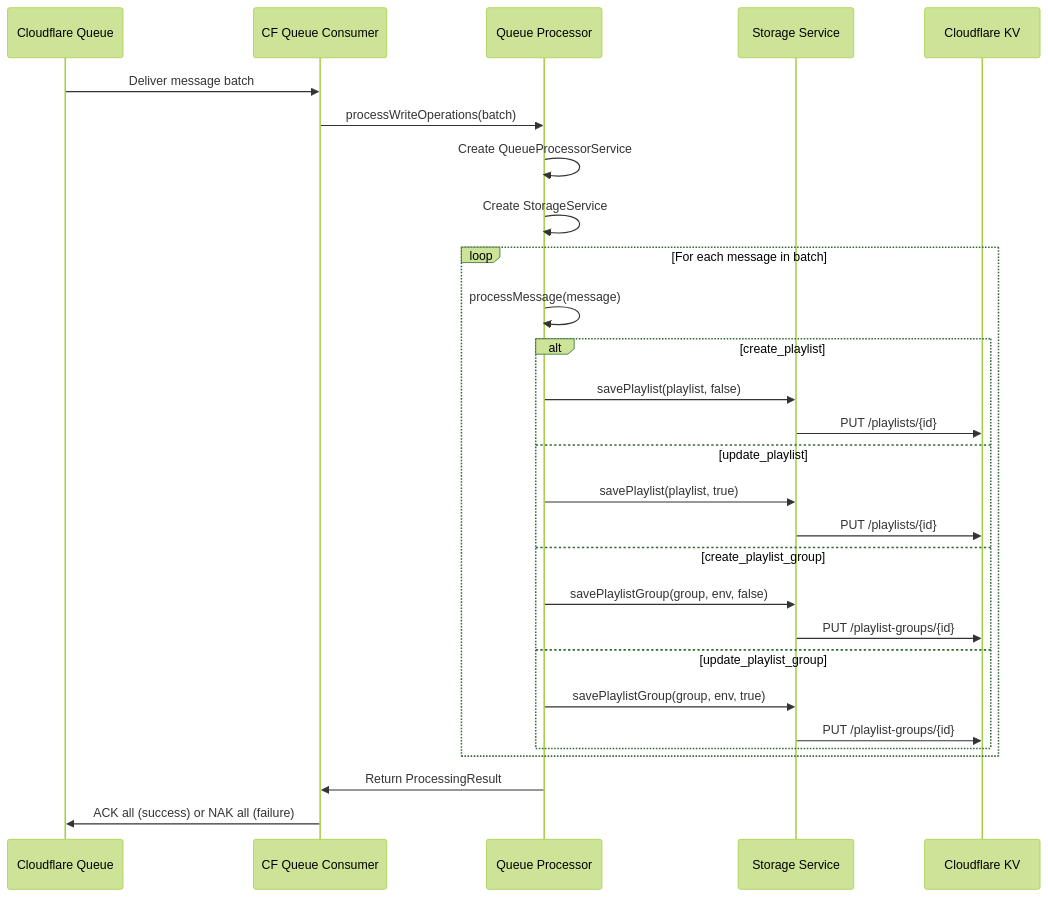
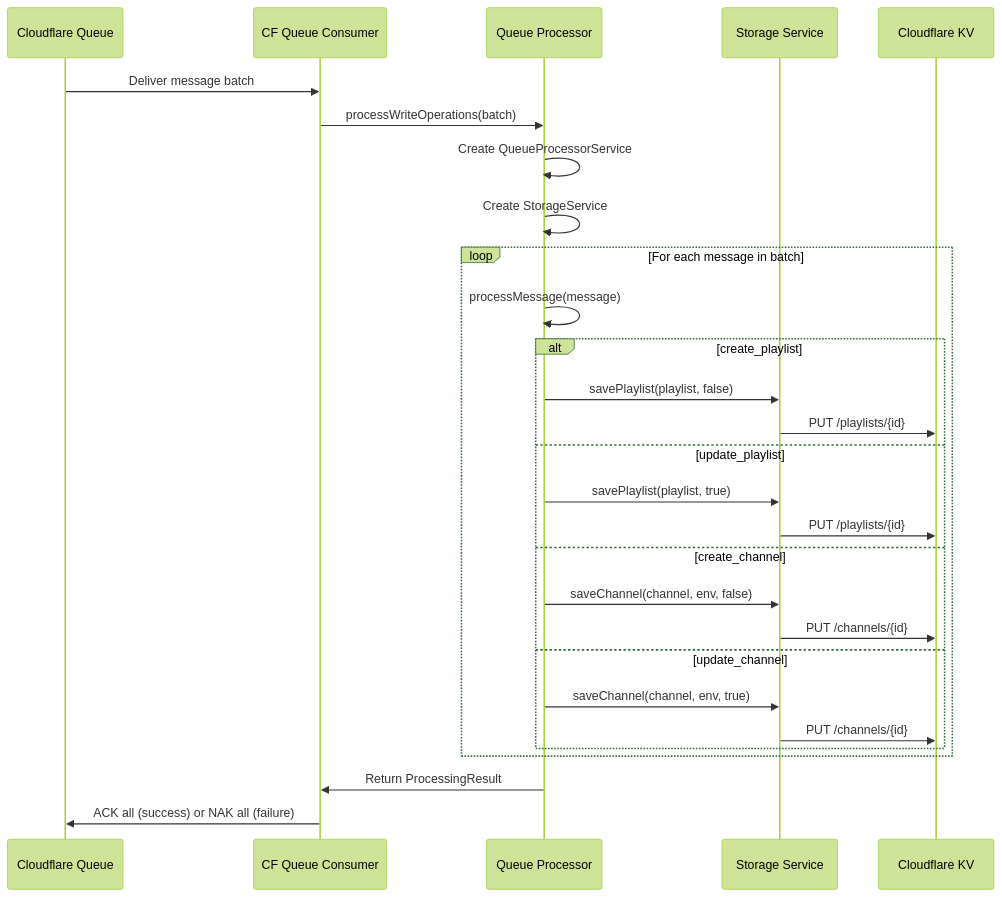
The third of 6 diagrams in DIAGRAM.md (feral-file/dp1-feed), drawn with Mermaid (forest theme) before and after one commit. The commit also changed other lines of this file and 31 other files, not shown here.

Commit message:
refactor playlist-group to channel

````diff
--- a/DIAGRAM.md
+++ b/DIAGRAM.md
@@ -144,35 +144,35 @@
 ```mermaid
 sequenceDiagram
     participant CF_Queue as Cloudflare Queue
     participant CF_Consumer as CF Queue Consumer
     participant Processor as Queue Processor
     participant Storage as Storage Service
     participant CF_KV as Cloudflare KV
 
     CF_Queue->>CF_Consumer: Deliver message batch
     CF_Consumer->>Processor: processWriteOperations(batch)
 
     Processor->>Processor: Create QueueProcessorService
     Processor->>Processor: Create StorageService
 
     loop For each message in batch
         Processor->>Processor: processMessage(message)
 
         alt create_playlist
             Processor->>Storage: savePlaylist(playlist, false)
             Storage->>CF_KV: PUT /playlists/{id}
         else update_playlist
             Processor->>Storage: savePlaylist(playlist, true)
             Storage->>CF_KV: PUT /playlists/{id}
-        else create_playlist_group
-            Processor->>Storage: savePlaylistGroup(group, env, false)
-            Storage->>CF_KV: PUT /playlist-groups/{id}
-        else update_playlist_group
-            Processor->>Storage: savePlaylistGroup(group, env, true)
-            Storage->>CF_KV: PUT /playlist-groups/{id}
+        else create_channel
+            Processor->>Storage: saveChannel(channel, env, false)
+            Storage->>CF_KV: PUT /channels/{id}
+        else update_channel
+            Processor->>Storage: saveChannel(channel, env, true)
+            Storage->>CF_KV: PUT /channels/{id}
         end
     end
 
     Processor->>CF_Consumer: Return ProcessingResult
     CF_Consumer->>CF_Queue: ACK all (success) or NAK all (failure)
 ```
````
